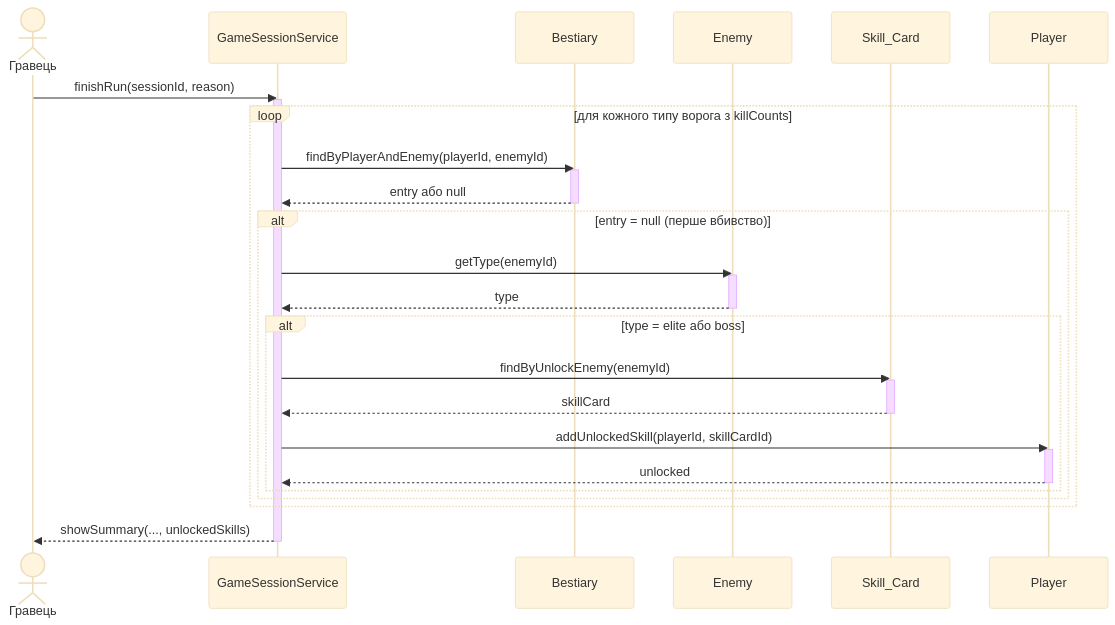
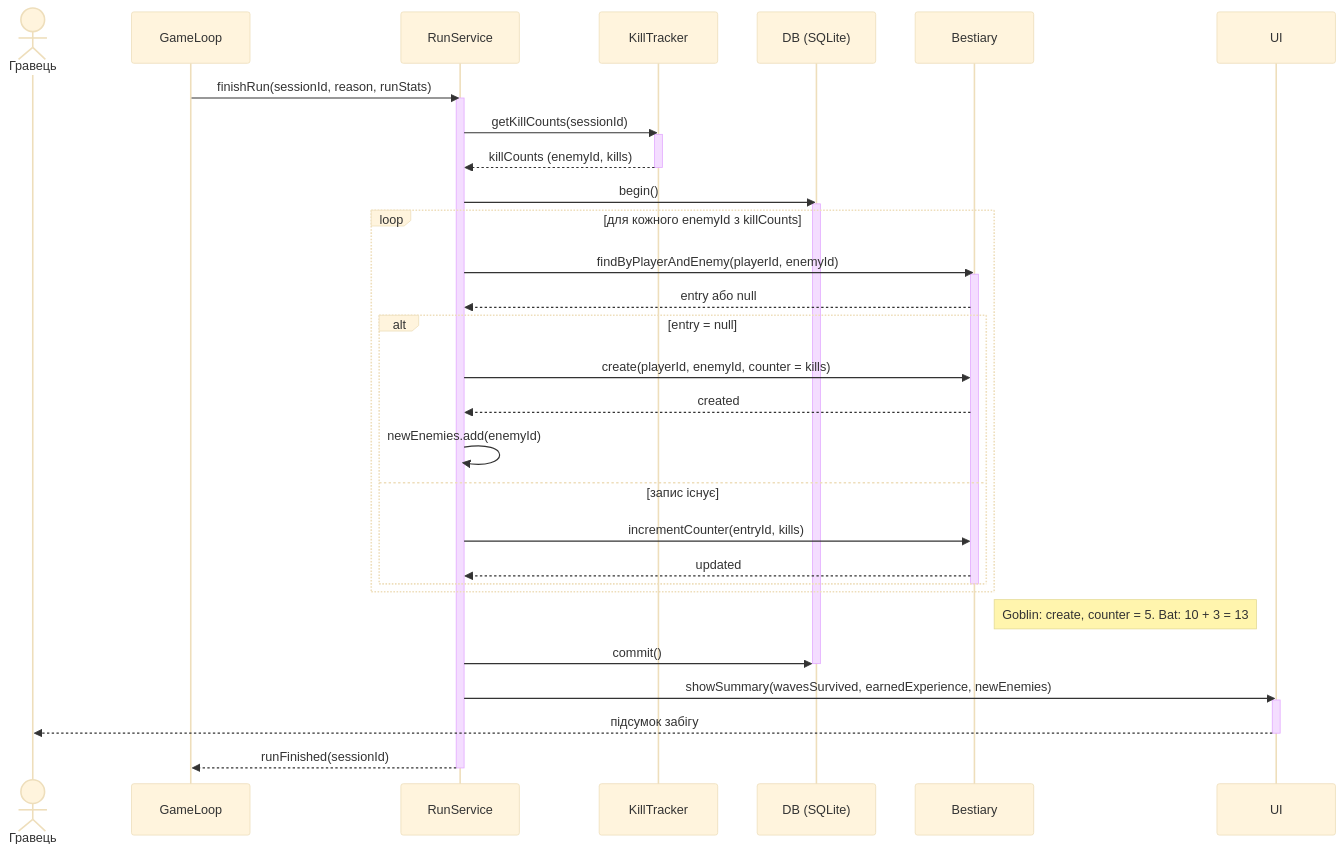
Before and after one commit to Sk1y-1/KPI-2: the diagram in Lab3/SC/SC-3 unlock.md, drawn with Mermaid (base theme).

Commit message:
Revise sequence diagram for game run completion
Updated the sequence diagram to include new participants and modified the flow for handling enemy kills and skill unlocks.

````diff
--- a/Lab3/SC/SC-3 unlock.md
+++ b/Lab3/SC/SC-3 unlock.md
@@ -1,35 +1,41 @@
 ```mermaid
 sequenceDiagram
     actor P as Гравець
-    participant GS as GameSessionService
+    participant GL as GameLoop
+    participant RS as RunService
+    participant KT as KillTracker
+    participant DB as DB (SQLite)
     participant B as Bestiary
-    participant E as Enemy
-    participant SC as Skill_Card
-    participant PL as Player
-    P->>GS: finishRun(sessionId, reason)
-    activate GS
-    loop для кожного типу ворога з killCounts
-        GS->>B: findByPlayerAndEnemy(playerId, enemyId)
+    participant UI as UI
+    GL->>RS: finishRun(sessionId, reason, runStats)
+    activate RS
+    RS->>KT: getKillCounts(sessionId)
+    activate KT
+    KT-->>RS: killCounts (enemyId, kills)
+    deactivate KT
+    RS->>DB: begin()
+    activate DB
+    loop для кожного enemyId з killCounts
+        RS->>B: findByPlayerAndEnemy(playerId, enemyId)
         activate B
-        B-->>GS: entry або null
+        B-->>RS: entry або null
+        alt entry = null
+            RS->>B: create(playerId, enemyId, counter = kills)
+            B-->>RS: created
+            RS->>RS: newEnemies.add(enemyId)
+        else запис існує
+            RS->>B: incrementCounter(entryId, kills)
+            B-->>RS: updated
+        end
         deactivate B
-        alt entry = null (перше вбивство)
-            GS->>E: getType(enemyId)
-            activate E
-            E-->>GS: type
-            deactivate E
-            alt type = elite або boss
-                GS->>SC: findByUnlockEnemy(enemyId)
-                activate SC
-                SC-->>GS: skillCard
-                deactivate SC
-                GS->>PL: addUnlockedSkill(playerId, skillCardId)
-                activate PL
-                PL-->>GS: unlocked
-                deactivate PL
-            end
-        end
     end
-    GS-->>P: showSummary(..., unlockedSkills)
-    deactivate GS
+    Note right of B: Goblin: create, counter = 5. Bat: 10 + 3 = 13
+    RS->>DB: commit()
+    deactivate DB
+    RS->>UI: showSummary(wavesSurvived, earnedExperience, newEnemies)
+    activate UI
+    UI-->>P: підсумок забігу
+    deactivate UI
+    RS-->>GL: runFinished(sessionId)
+    deactivate RS
 ```
````
